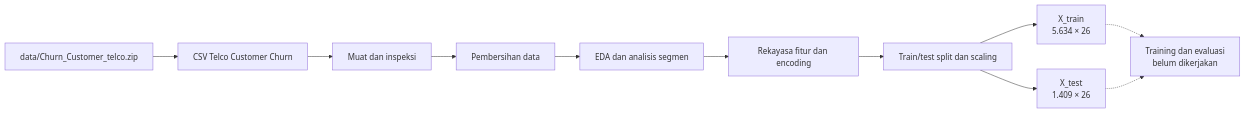
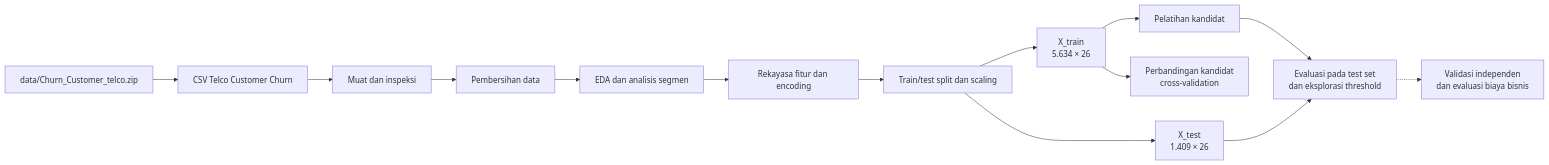
Before and after one commit to carlos1739/analisis_telco: the second of 3 diagrams in README.md, drawn with Mermaid. The commit also changed other lines of this file, not shown here.

````diff
--- a/README.md
+++ b/README.md
@@ -157,13 +154,16 @@
 ```mermaid
 flowchart LR
     ZIP["data/Churn_Customer_telco.zip"] --> CSV["CSV Telco Customer Churn"]
     CSV --> LOAD["Muat dan inspeksi"]
     LOAD --> CLEAN["Pembersihan data"]
     CLEAN --> EDA["EDA dan analisis segmen"]
     EDA --> FEATURES["Rekayasa fitur dan encoding"]
     FEATURES --> SPLIT["Train/test split dan scaling"]
     SPLIT --> TRAIN["X_train<br/>5.634 × 26"]
     SPLIT --> TEST["X_test<br/>1.409 × 26"]
-    TRAIN -.-> FUTURE["Training dan evaluasi<br/>belum dikerjakan"]
-    TEST -.-> FUTURE
+    TRAIN --> CV["Perbandingan kandidat<br/>cross-validation"]
+    TRAIN --> FIT["Pelatihan kandidat"]
+    FIT --> TESTEVAL["Evaluasi pada test set<br/>dan eksplorasi threshold"]
+    TEST --> TESTEVAL
+    TESTEVAL -.-> FUTURE["Validasi independen<br/>dan evaluasi biaya bisnis"]
 ```
````
